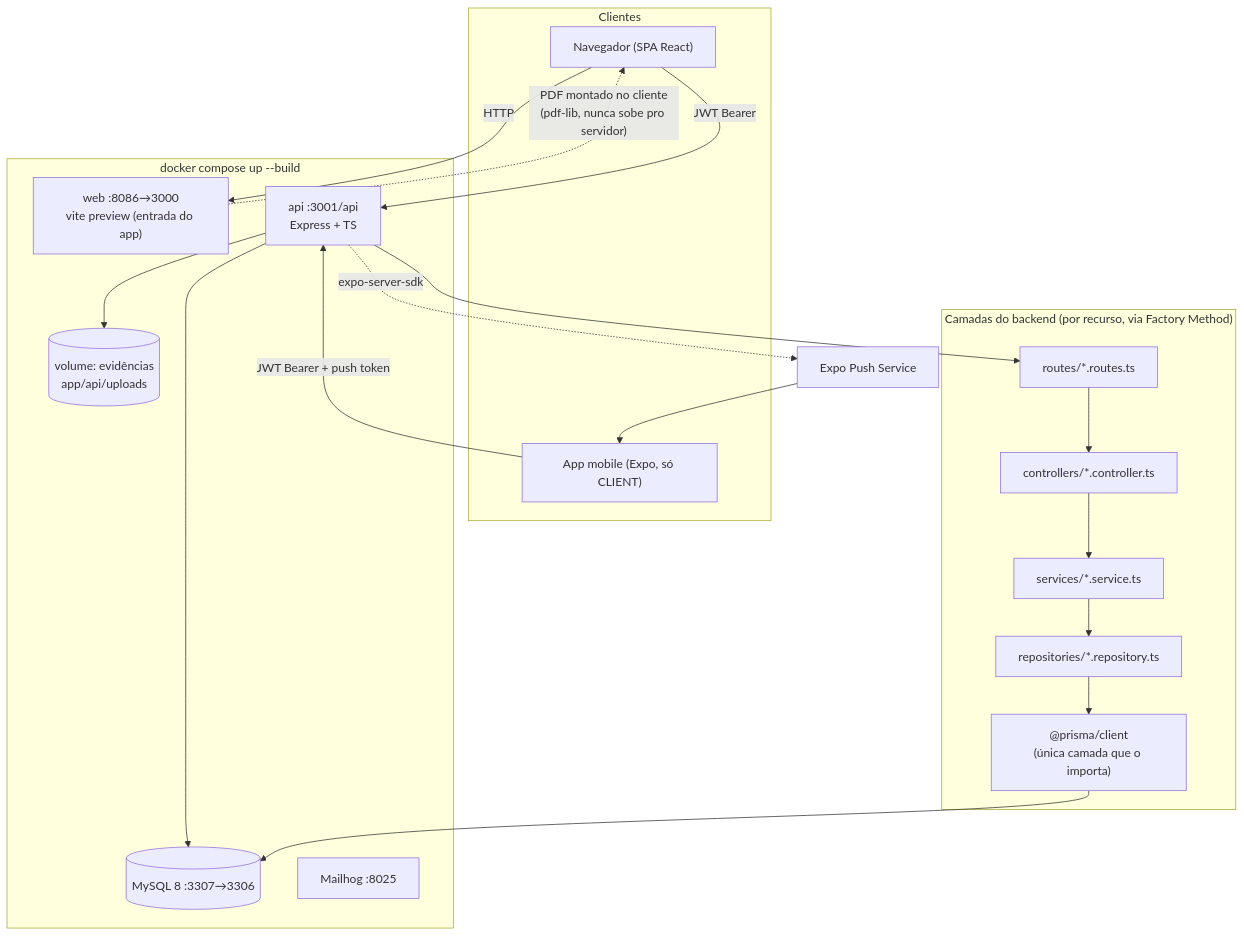
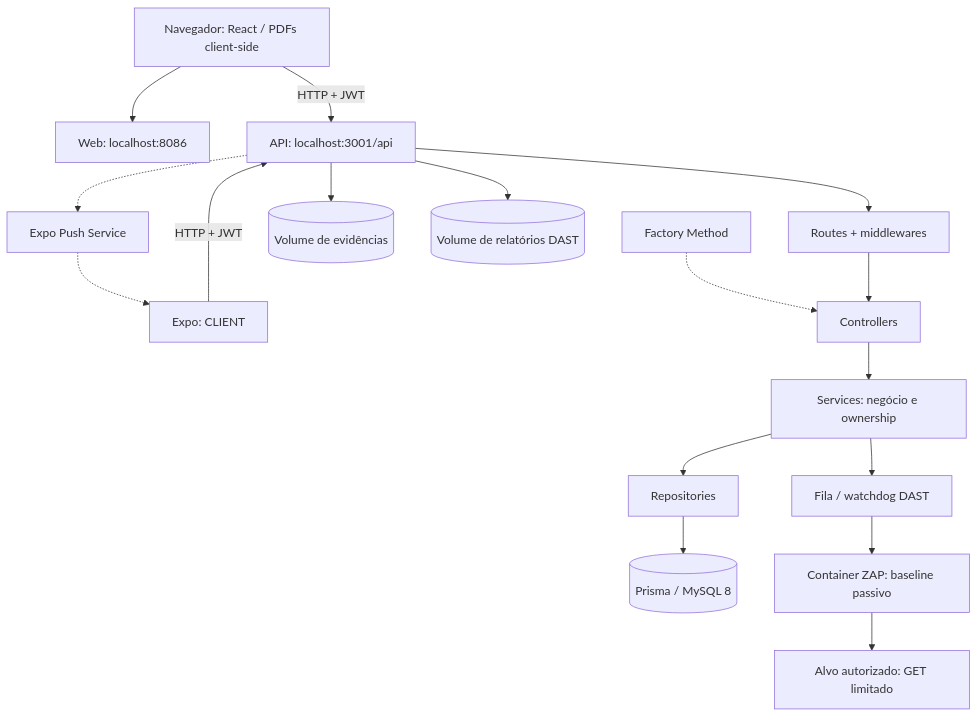
Before and after one commit to guimunizzz/Vulnera-TCC: the diagram in README.md, drawn with Mermaid. The commit also changed other lines of this file and 2 other files, not shown here.

````diff
--- a/README.md
+++ b/README.md
@@ -116,35 +155,19 @@
 ```mermaid
 flowchart TB
-    subgraph Clientes
-        Browser["Navegador (SPA React)"]
-        Mobile["App mobile (Expo, só CLIENT)"]
-    end
-
-    subgraph Docker["docker compose up --build"]
-        Web["web :8086→3000\nvite preview (entrada do app)"]
-        Api["api :3001/api\nExpress + TS"]
-        Db[("MySQL 8 :3307→3306")]
-        Mail["Mailhog :8025"]
-        Uploads[("volume: evidências\napp/api/uploads")]
-    end
-
-    Browser -->|HTTP| Web
-    Browser -->|JWT Bearer| Api
-    Mobile -->|JWT Bearer + push token| Api
-    Web -.->|"PDF montado no cliente\n(pdf-lib, nunca sobe pro servidor)"| Browser
-
-    Api --> Db
-    Api --> Uploads
-    Api -.->|expo-server-sdk| Push["Expo Push Service"]
-    Push --> Mobile
-
-    subgraph "Camadas do backend (por recurso, via Factory Method)"
-        Routes["routes/*.routes.ts"] --> Controllers["controllers/*.controller.ts"]
-        Controllers --> Services["services/*.service.ts"]
-        Services --> Repositories["repositories/*.repository.ts"]
-        Repositories --> Prisma["@prisma/client\n(única camada que o importa)"]
-    end
-
-    Api --> Routes
-    Prisma --> Db
+    Browser["Navegador: React / PDFs client-side"] --> Web["Web: localhost:8086"]
+    Browser -->|HTTP + JWT| API["API: localhost:3001/api"]
+    Mobile["Expo: CLIENT"] -->|HTTP + JWT| API
+    API --> Routes["Routes + middlewares"]
+    Factory["Factory Method"] -.-> Controller["Controllers"]
+    Routes --> Controller
+    Controller --> Service["Services: negócio e ownership"]
+    Service --> Repo["Repositories"]
+    Repo --> DB[("Prisma / MySQL 8")]
+    API --> Uploads[("Volume de evidências")]
+    API --> Reports[("Volume de relatórios DAST")]
+    Service --> Watchdog["Fila / watchdog DAST"]
+    Watchdog --> ZAP["Container ZAP: baseline passivo"]
+    ZAP --> Target["Alvo autorizado: GET limitado"]
+    API -.-> Push["Expo Push Service"]
+    Push -.-> Mobile
 ```
````
